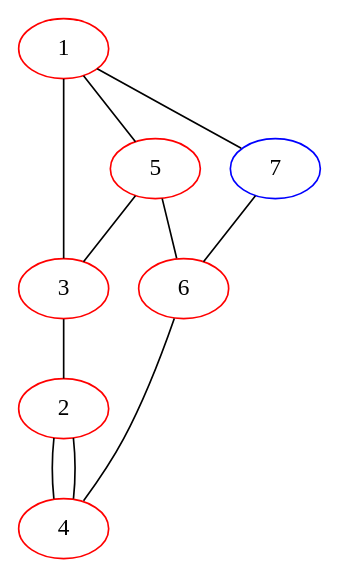
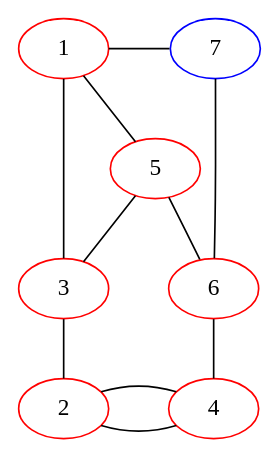
The diagram in sprouts/113111.dot (bilboquet/gamelib), drawn with Graphviz before and after one commit. The commit also changed 29 other files, not shown here.

```diff
--- a/sprouts/113111.dot
+++ b/sprouts/113111.dot
@@ -1,26 +1,35 @@
 graph {
   1 -- 3 [weight=3];
   3 -- 2 [weight=2];
-  2 -- 4 -- 2;
+  2 -- 4 [minlen=2];
+  2 -- 4;
   1 -- 5 -- 3;
   5 -- 6;
   6 -- 4;
   1 -- 7;
   6 -- 7;
 
   {
     rank="same";
-    5;
+    1;
     7;
+
+  }
+
+
+  {
+    rank="max";
+    2;
+    4;
 
   }
 
   1 [color="red"];
   2 [color="red"];
   3 [color="red"];
   4 [color="red"];
   5 [color="red"];
   6 [color="red"];
   7 [color="blue"];
 
 }
```
